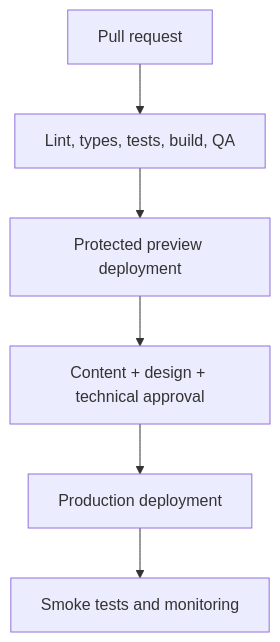
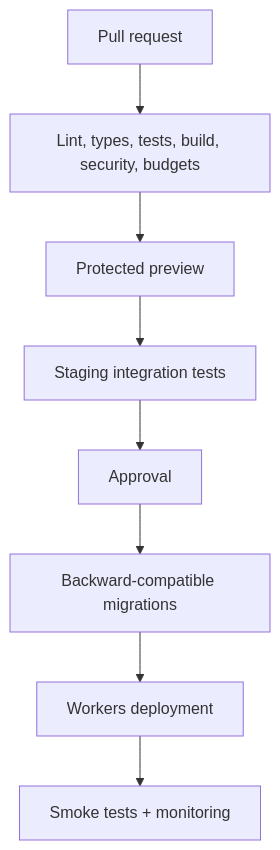
The fifth of 5 diagrams in 01-sources/TECHNICAL_ARCHITECTURE.md (rezachidotnet/ahanassa-website), drawn with Mermaid before and after one commit. The commit also changed other lines of this file and 38 other files, not shown here.

````diff
--- a/01-sources/TECHNICAL_ARCHITECTURE.md
+++ b/01-sources/TECHNICAL_ARCHITECTURE.md
@@ -672,8 +762,10 @@
 ```mermaid
 flowchart TD
-    PR["Pull request"] --> CI["Lint, types, tests, build, QA"]
-    CI --> PV["Protected preview deployment"]
-    PV --> AP["Content + design + technical approval"]
-    AP --> PD["Production deployment"]
-    PD --> SM["Smoke tests and monitoring"]
+    PR["Pull request"] --> CI["Lint, types, tests, build, security, budgets"]
+    CI --> PV["Protected preview"]
+    PV --> ST["Staging integration tests"]
+    ST --> AP["Approval"]
+    AP --> DB["Backward-compatible migrations"]
+    DB --> PD["Workers deployment"]
+    PD --> SM["Smoke tests + monitoring"]
 ```
````
